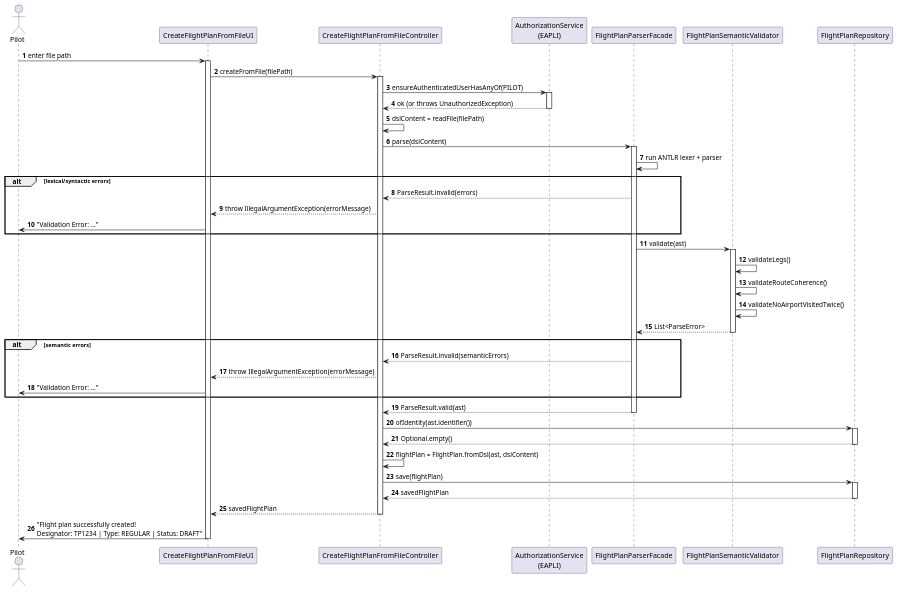
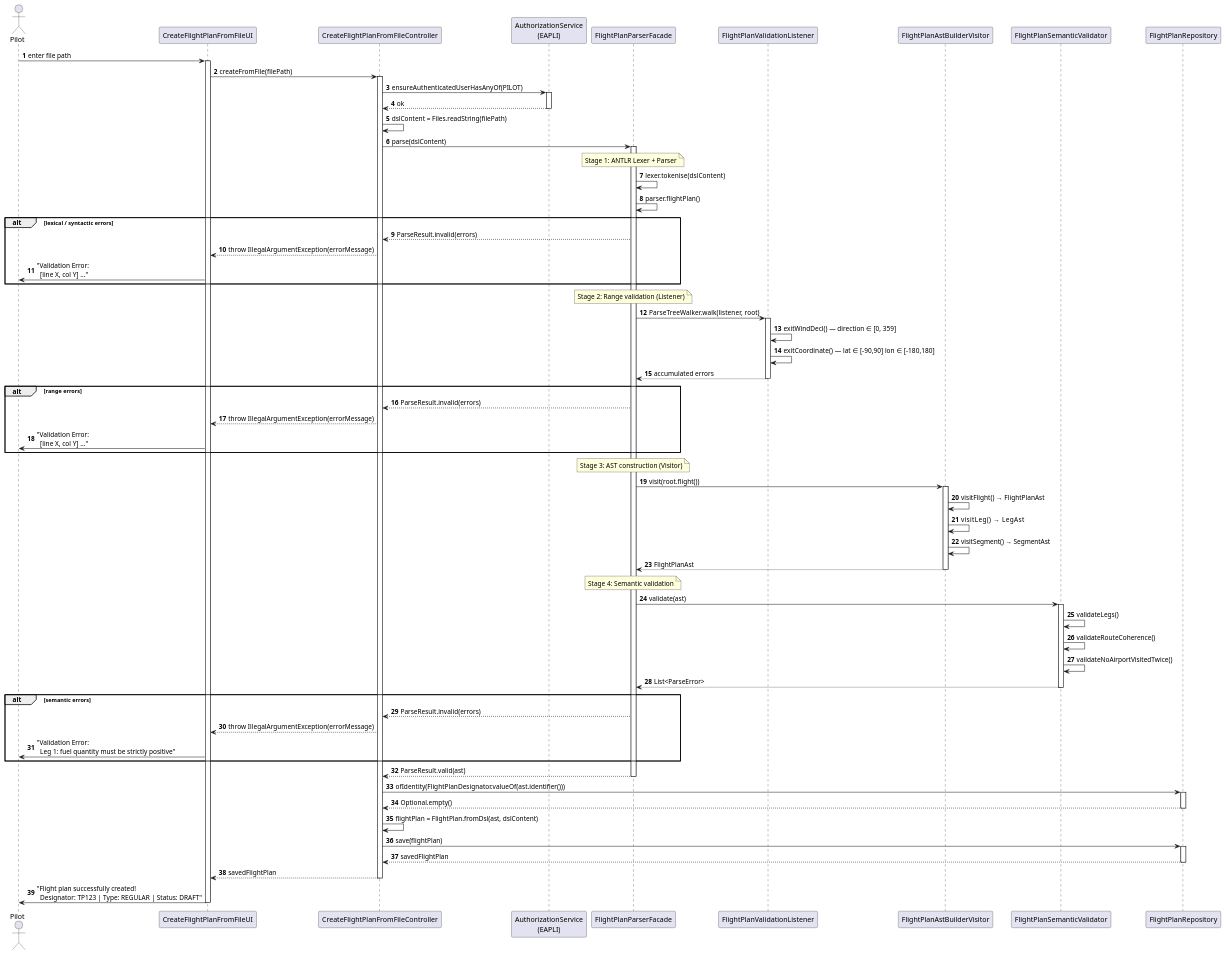
The diagram in aisafe.base/docs/user-stories/us081/puml/US081-SD.puml (brunodspinto/aisafe), drawn with PlantUML before and after one commit. The commit also changed 5 other files, not shown here.

Commit message:
Enhance FlightPlan DSL representation with validation listener and AST builder; update class diagrams and domain model for improved structure and clarity #39

```diff
--- a/aisafe.base/docs/user-stories/us081/puml/US081-SD.puml
+++ b/aisafe.base/docs/user-stories/us081/puml/US081-SD.puml
@@ -1,71 +1,108 @@
 @startuml sd081
 skinparam shadowing false
 autonumber
 
 actor Pilot as pilot
 participant "CreateFlightPlanFromFileUI" as ui
 participant "CreateFlightPlanFromFileController" as ctrl
 participant "AuthorizationService\n(EAPLI)" as authz
 participant "FlightPlanParserFacade" as facade
+participant "FlightPlanValidationListener" as listener
+participant "FlightPlanAstBuilderVisitor" as visitor
 participant "FlightPlanSemanticValidator" as validator
 participant "FlightPlanRepository" as repo
 
 pilot -> ui : enter file path
 activate ui
 
 ui -> ctrl : createFromFile(filePath)
 activate ctrl
 
 ctrl -> authz : ensureAuthenticatedUserHasAnyOf(PILOT)
 activate authz
-authz --> ctrl : ok (or throws UnauthorizedException)
+authz --> ctrl : ok
 deactivate authz
 
-ctrl -> ctrl : dslContent = readFile(filePath)
+ctrl -> ctrl : dslContent = Files.readString(filePath)
 
 ctrl -> facade : parse(dslContent)
 activate facade
 
-facade -> facade : run ANTLR lexer + parser
-alt lexical/syntactic errors
+note over facade
+  Stage 1: ANTLR Lexer + Parser
+end note
+facade -> facade : lexer.tokenise(dslContent)
+facade -> facade : parser.flightPlan()
+
+alt lexical / syntactic errors
     facade --> ctrl : ParseResult.invalid(errors)
     ctrl --> ui : throw IllegalArgumentException(errorMessage)
-    ui -> pilot : "Validation Error: ..."
+    ui -> pilot : "Validation Error:\n  [line X, col Y] ..."
 end
 
+note over facade
+  Stage 2: Range validation (Listener)
+end note
+facade -> listener : ParseTreeWalker.walk(listener, root)
+activate listener
+listener -> listener : exitWindDecl() — direction ∈ [0, 359]
+listener -> listener : exitCoordinate() — lat ∈ [-90,90]  lon ∈ [-180,180]
+listener --> facade : accumulated errors
+deactivate listener
+
+alt range errors
+    facade --> ctrl : ParseResult.invalid(errors)
+    ctrl --> ui : throw IllegalArgumentException(errorMessage)
+    ui -> pilot : "Validation Error:\n  [line X, col Y] ..."
+end
+
+note over facade
+  Stage 3: AST construction (Visitor)
+end note
+facade -> visitor : visit(root.flight())
+activate visitor
+visitor -> visitor : visitFlight()  → FlightPlanAst
+visitor -> visitor : visitLeg()     → LegAst
+visitor -> visitor : visitSegment() → SegmentAst
+visitor --> facade : FlightPlanAst
+deactivate visitor
+
+note over facade
+  Stage 4: Semantic validation
+end note
 facade -> validator : validate(ast)
 activate validator
 validator -> validator : validateLegs()
 validator -> validator : validateRouteCoherence()
 validator -> validator : validateNoAirportVisitedTwice()
 validator --> facade : List<ParseError>
 deactivate validator
 
 alt semantic errors
-    facade --> ctrl : ParseResult.invalid(semanticErrors)
+    facade --> ctrl : ParseResult.invalid(errors)
     ctrl --> ui : throw IllegalArgumentException(errorMessage)
-    ui -> pilot : "Validation Error: ..."
+    ui -> pilot : "Validation Error:\n  Leg 1: fuel quantity must be strictly positive"
 end
 
 facade --> ctrl : ParseResult.valid(ast)
 deactivate facade
 
-ctrl -> repo : ofIdentity(ast.identifier())
+ctrl -> repo : ofIdentity(FlightPlanDesignator.valueOf(ast.identifier()))
 activate repo
 repo --> ctrl : Optional.empty()
 deactivate repo
 
 ctrl -> ctrl : flightPlan = FlightPlan.fromDsl(ast, dslContent)
 
 ctrl -> repo : save(flightPlan)
 activate repo
 repo --> ctrl : savedFlightPlan
 deactivate repo
 
 ctrl --> ui : savedFlightPlan
 deactivate ctrl
 
-ui -> pilot : "Flight plan successfully created!\nDesignator: TP1234 | Type: REGULAR | Status: DRAFT"
+ui -> pilot : "Flight plan successfully created!\n  Designator: TP123 | Type: REGULAR | Status: DRAFT"
 deactivate ui
 
 @enduml
```
